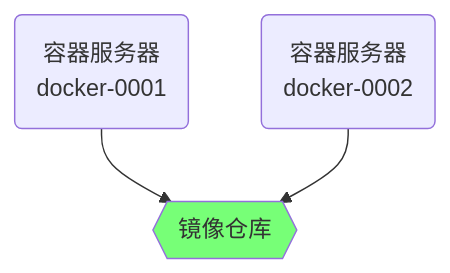
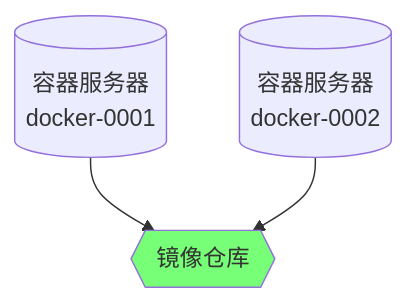
One commit to byy1679/cloud changed the second of 2 diagrams in CLOUD/05/docker-02.md. Above: the diagram before and after it, drawn with Mermaid. The commit also changed other lines of this file and 6 other files, not shown here.

````diff
--- a/CLOUD/05/docker-02.md
+++ b/CLOUD/05/docker-02.md
@@ -280,9 +275,5 @@
 ```mermaid
 graph TB
-  H1(容器服务器<br>docker-0001)
-  H2(容器服务器<br>docker-0002)
-  I{{镜像仓库}}
+  H1[(容器服务器<br>docker-0001)] & H2[(容器服务器<br>docker-0002)] --> I{{镜像仓库}}
   style I fill:#77ff77
-  H1 --> I
-  H2 --> I
 ```
````
